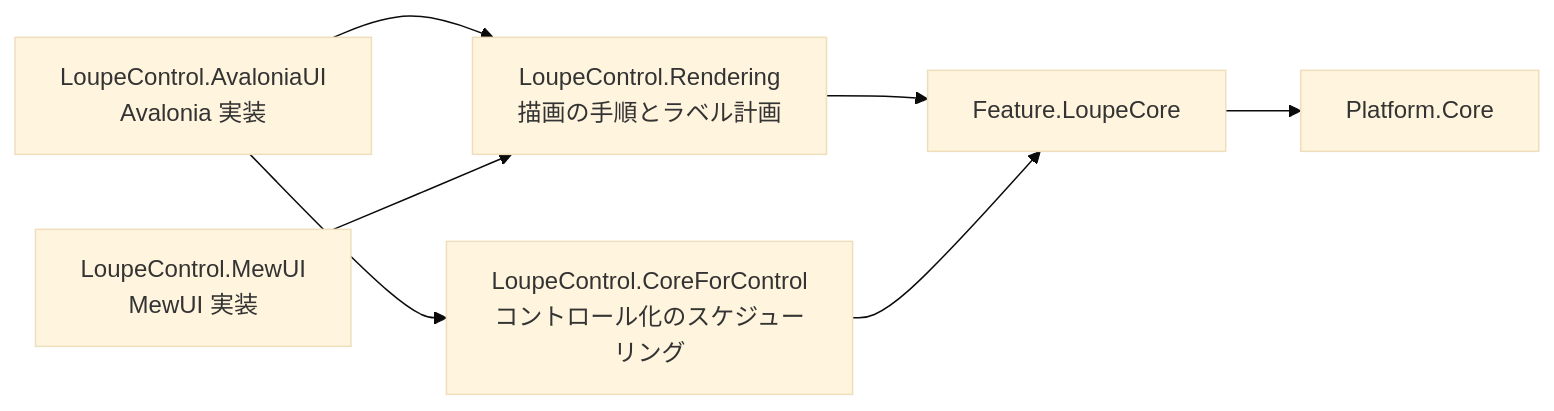
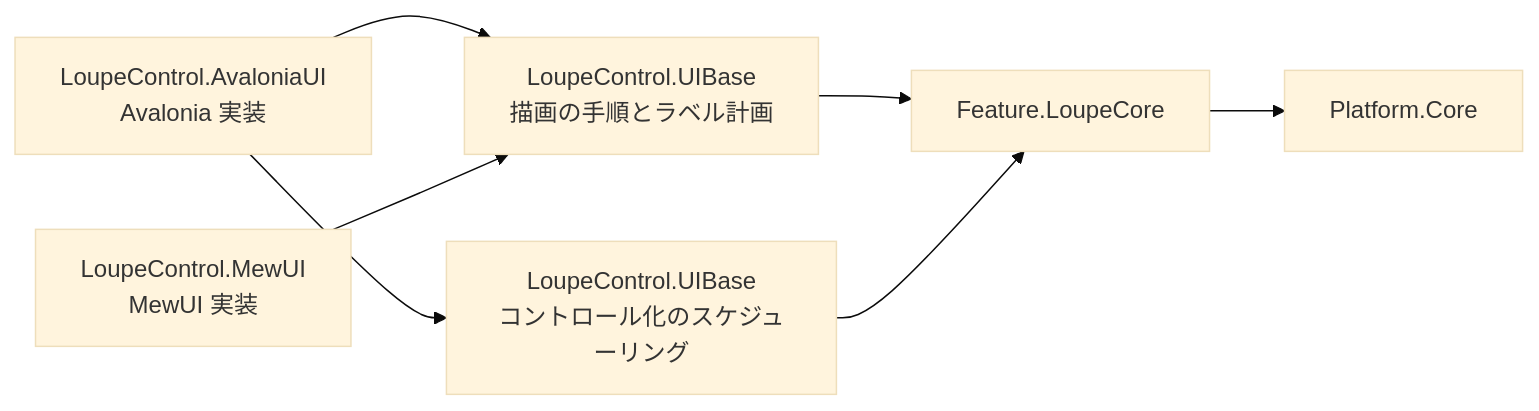
The first of 2 diagrams in src/Feature.LoupeCore/SPEC_System.md (tomokuni/SaveEvidence), drawn with Mermaid (base theme) before and after one commit. The commit also changed other lines of this file and 133 other files, not shown here.

First line of the commit message:
描画層と組み込み層を XxxControl.UIBase へ統合し 3 層構造にする

````diff
--- a/src/Feature.LoupeCore/SPEC_System.md
+++ b/src/Feature.LoupeCore/SPEC_System.md
@@ -15,9 +15,9 @@
 ```mermaid
 graph LR
-  A[LoupeControl.AvaloniaUI<br/>Avalonia 実装] --> R[LoupeControl.Rendering<br/>描画の手順とラベル計画]
+  A[LoupeControl.AvaloniaUI<br/>Avalonia 実装] --> R[LoupeControl.UIBase<br/>描画の手順とラベル計画]
   M[LoupeControl.MewUI<br/>MewUI 実装] --> R
   R --> B[Feature.LoupeCore]
-  A --> C[LoupeControl.CoreForControl<br/>コントロール化のスケジューリング]
-  C[LoupeControl.CoreForControl<br/>コントロール化のスケジューリング] --> B
+  A --> C[LoupeControl.UIBase<br/>コントロール化のスケジューリング]
+  C[LoupeControl.UIBase<br/>コントロール化のスケジューリング] --> B
   B --> D[Platform.Core]
 ```
````
